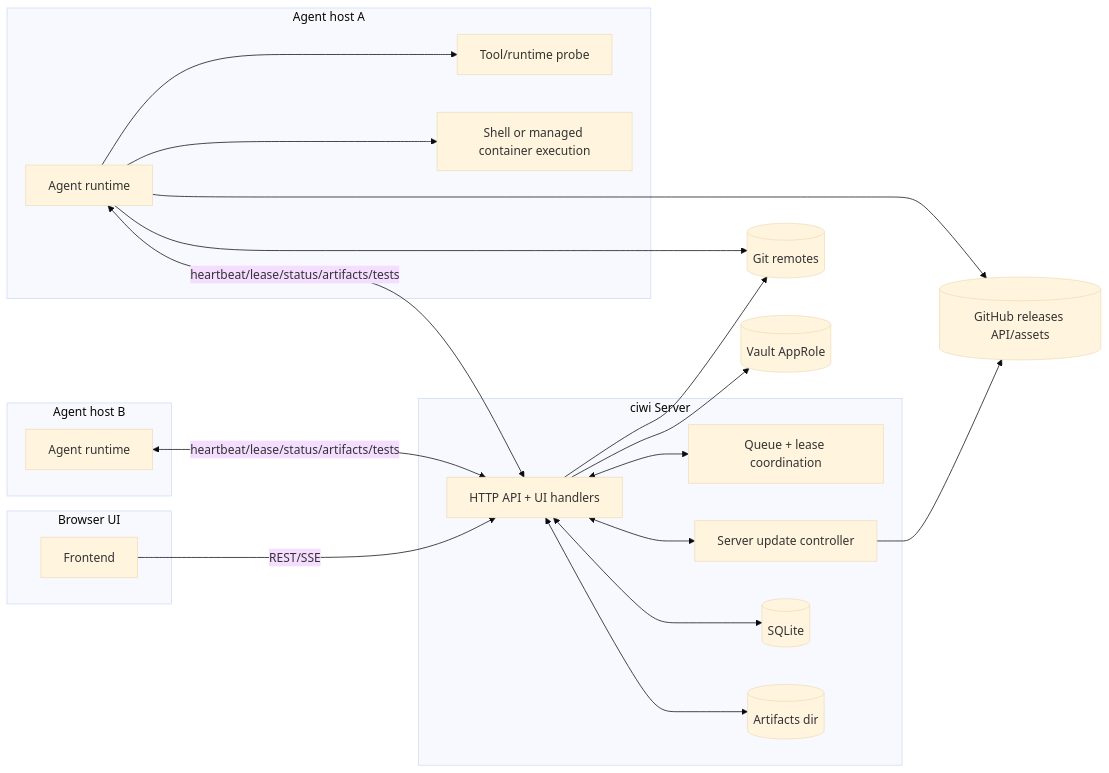
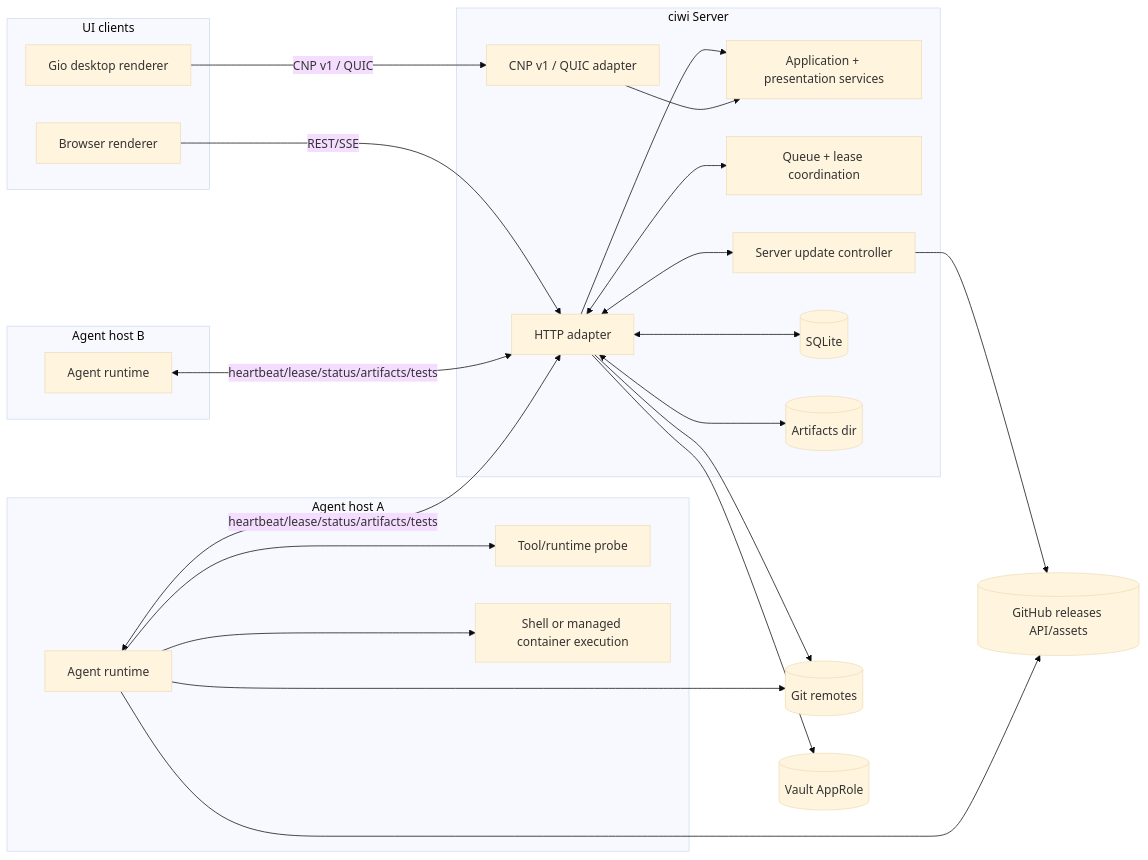
One commit to izzyreal/ciwi changed the second of 4 diagrams in docs/architecture.md. Above: the diagram before and after it, drawn with Mermaid (base theme). The commit also changed other lines of this file and 88 other files, not shown here.

Commit message:
Add native client architecture and declarative UI

````diff
--- a/docs/architecture.md
+++ b/docs/architecture.md
@@ -12,45 +51,51 @@
 ```mermaid
 flowchart LR
-  subgraph UI[Browser UI]
-    FE[Frontend]
+  subgraph UI[UI clients]
+    FE[Browser renderer]
+    DESKTOP[Gio desktop renderer]
   end
 
   subgraph ServerHost[ciwi Server]
-    API[HTTP API + UI handlers]
+    API[HTTP adapter]
+    NATIVE[CNP v1 / QUIC adapter]
+    APP[Application + presentation services]
     SCHED[Queue + lease coordination]
     UPDATE[Server update controller]
     DB[(SQLite)]
     ART[(Artifacts dir)]
   end
 
   subgraph AgentHostA[Agent host A]
     AGENTA[Agent runtime]
     TOOLS_A[Tool/runtime probe]
     EXEC_A[Shell or managed container execution]
   end
 
   subgraph AgentHostB[Agent host B]
     AGENTB[Agent runtime]
   end
 
   GIT[(Git remotes)]
   GH[(GitHub releases API/assets)]
   VAULT[(Vault AppRole)]
 
   FE -->|REST/SSE| API
+  DESKTOP -->|CNP v1 / QUIC| NATIVE
+  API --> APP
+  NATIVE --> APP
   API <--> DB
   API <--> ART
   API <--> SCHED
   API <--> UPDATE
 
   AGENTA <--> |heartbeat/lease/status/artifacts/tests| API
   AGENTB <--> |heartbeat/lease/status/artifacts/tests| API
   AGENTA --> TOOLS_A
   AGENTA --> EXEC_A
 
   API --> GIT
   AGENTA --> GIT
   UPDATE --> GH
   AGENTA --> GH
   API --> VAULT
 ```
````
